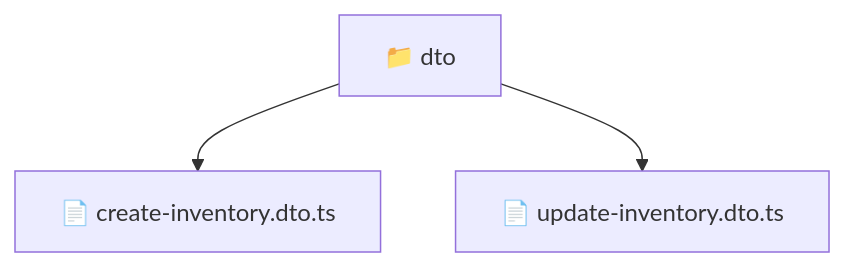
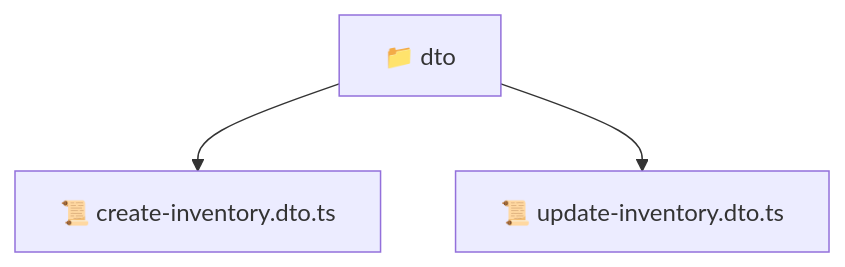
One commit to beginwebdev2002/fullstack-mavluda changed the diagram in backend/src/modules/inventory/presentation/dto/README.md. Above: the diagram before and after it, drawn with Mermaid. The commit also changed other lines of this file and 163 other files, not shown here.

````diff
--- a/backend/src/modules/inventory/presentation/dto/README.md
+++ b/backend/src/modules/inventory/presentation/dto/README.md
@@ -9,6 +9,6 @@
 ```mermaid
 graph TD
-  Root["📁 dto"]
-  Root --> create_inventory_dto_ts["📄 create-inventory.dto.ts"]
-  Root --> update_inventory_dto_ts["📄 update-inventory.dto.ts"]
+  dto["📁 dto"]
+  dto --> create_inventory_dto_ts["📜 create-inventory.dto.ts"]
+  dto --> update_inventory_dto_ts["📜 update-inventory.dto.ts"]
 ```
````
